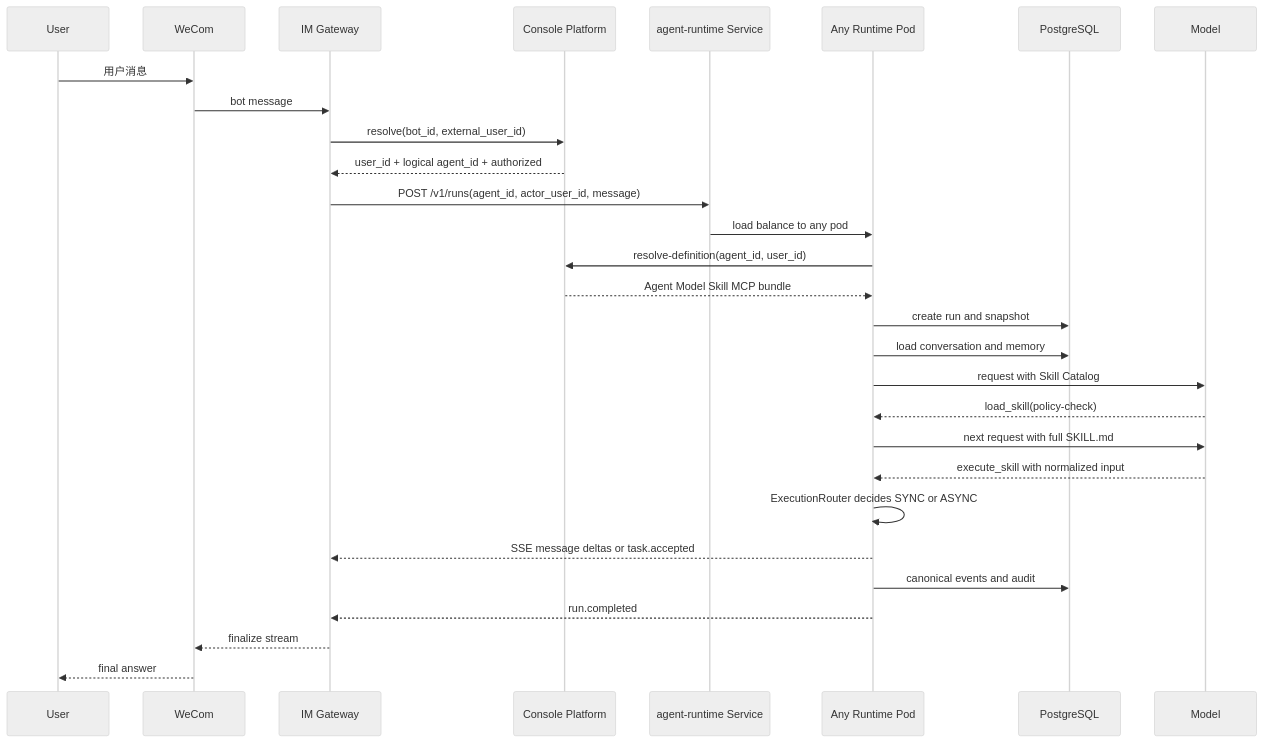
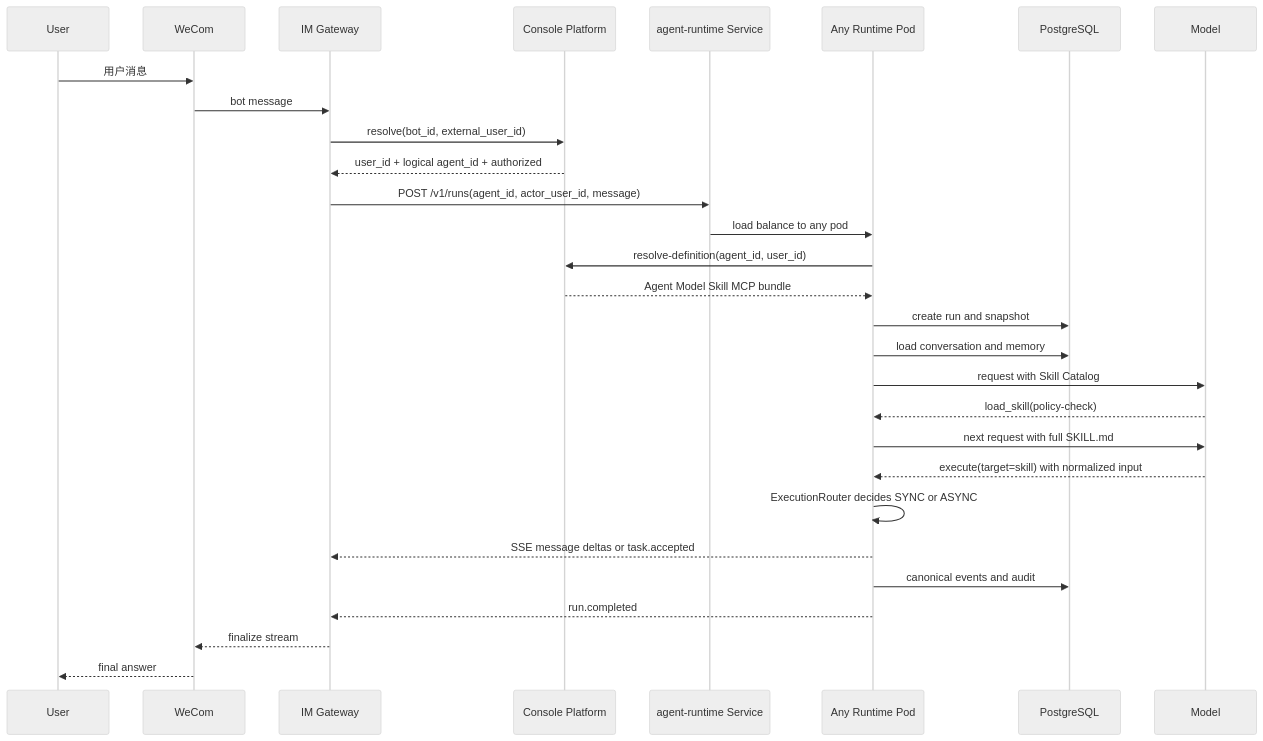
Before and after one commit to Michaelxwb/fluxion-harness: the second of 22 diagrams in docs/08-关键流程时序与状态机详细设计.md, drawn with Mermaid (neutral theme). The commit also changed other lines of this file and 236 other files, not shown here.

First line of the commit message:
refactor(agent): unify execution contracts and refresh architecture docs

````diff
--- a/docs/08-关键流程时序与状态机详细设计.md
+++ b/docs/08-关键流程时序与状态机详细设计.md
@@ -40,32 +40,32 @@
 ```mermaid
 sequenceDiagram
     participant U as User
     participant WC as WeCom
     participant IG as IM Gateway
     participant CP as Console Platform
     participant RS as agent-runtime Service
     participant AR as Any Runtime Pod
     participant PG as PostgreSQL
     participant LLM as Model
 
     U->>WC: 用户消息
     WC->>IG: bot message
     IG->>CP: resolve(bot_id, external_user_id)
     CP-->>IG: user_id + logical agent_id + authorized
     IG->>RS: POST /v1/runs(agent_id, actor_user_id, message)
     RS->>AR: load balance to any pod
     AR->>CP: resolve-definition(agent_id, user_id)
     CP-->>AR: Agent Model Skill MCP bundle
     AR->>PG: create run and snapshot
     AR->>PG: load conversation and memory
     AR->>LLM: request with Skill Catalog
     LLM-->>AR: load_skill(policy-check)
     AR->>LLM: next request with full SKILL.md
-    LLM-->>AR: execute_skill with normalized input
+    LLM-->>AR: execute(target=skill) with normalized input
     AR->>AR: ExecutionRouter decides SYNC or ASYNC
     AR-->>IG: SSE message deltas or task.accepted
     AR->>PG: canonical events and audit
     AR-->>IG: run.completed
     IG-->>WC: finalize stream
     WC-->>U: final answer
 ```
````
